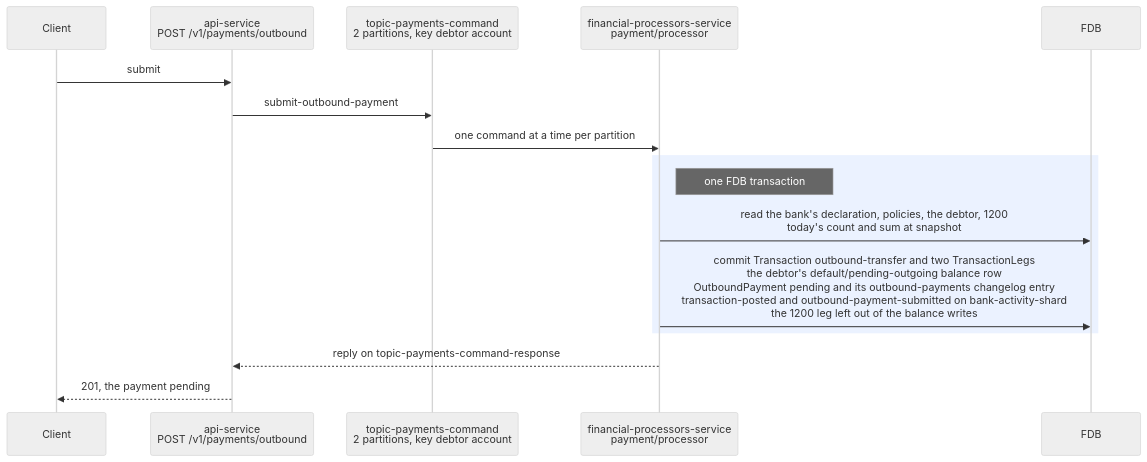
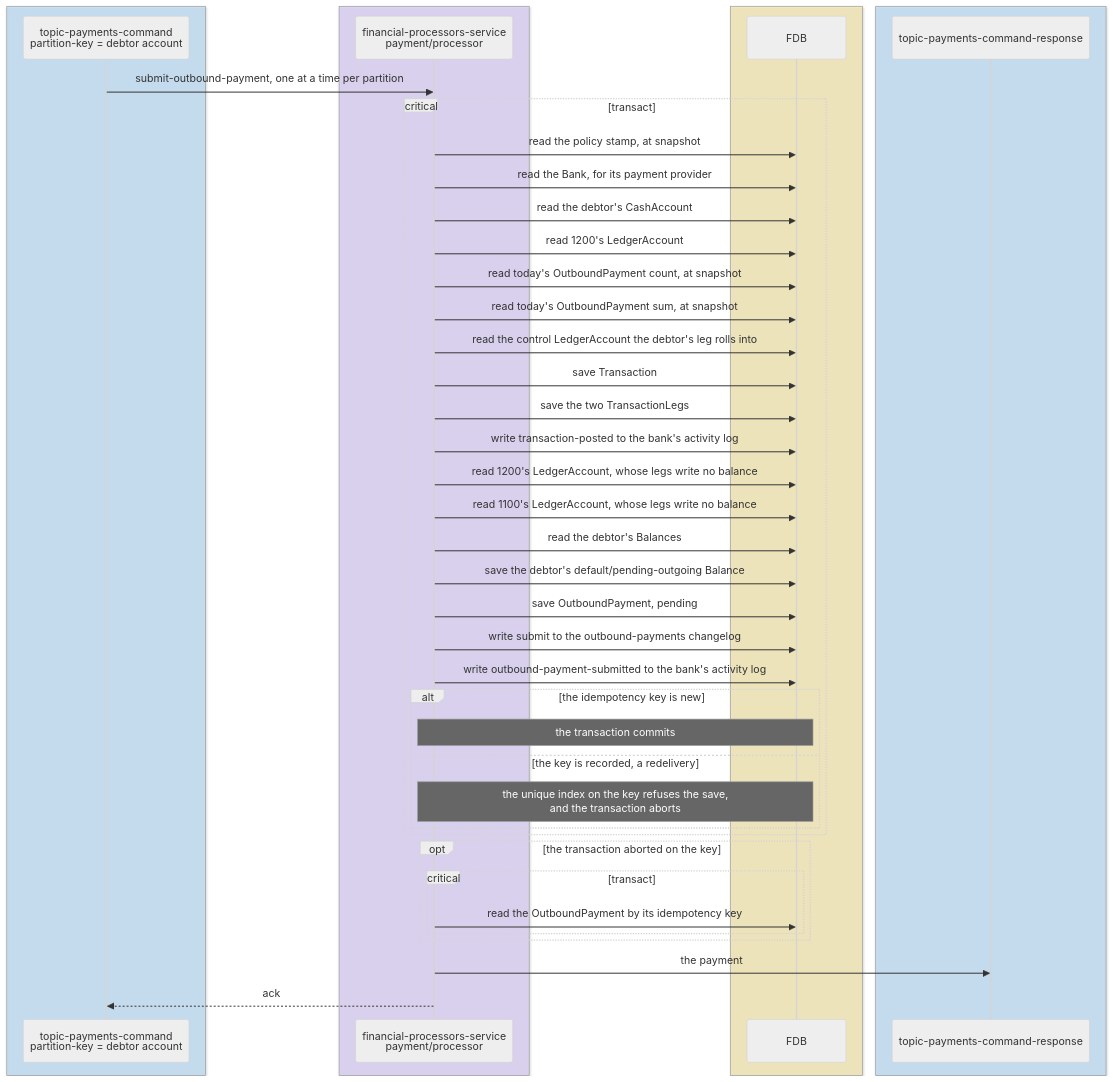
One commit to repldriven/queenswood changed the third of 15 diagrams in docs/tdd/payments-outbound.md. Above: the diagram before and after it, drawn with Mermaid (neutral theme). The commit also changed other lines of this file and 2 other files, not shown here.

Commit message:
Draw outbound and inbound payments to the internal diagrams' conventions

````diff
--- a/docs/tdd/payments-outbound.md
+++ b/docs/tdd/payments-outbound.md
@@ -83,18 +150,47 @@
 ```mermaid
 sequenceDiagram
-    participant C as Client
-    participant API as api-service<br/>POST /v1/payments/outbound
-    participant PC as topic-payments-command<br/>2 partitions, key debtor account
+    box rgba(165, 216, 255, 0.45)
+    participant PC as topic-payments-command<br/>partition-key = debtor account
+    end
+    box rgba(208, 191, 255, 0.45)
     participant PP as financial-processors-service<br/>payment/processor
+    end
+    box rgba(255, 236, 153, 0.5)
     participant DB as FDB
-    C->>API: submit
-    API->>PC: submit-outbound-payment
-    PC->>PP: one command at a time per partition
-    rect rgb(235, 242, 255)
-    Note right of PP: one FDB transaction
-    PP->>DB: read the bank's declaration, policies, the debtor, 1200<br/>today's count and sum at snapshot
-    PP->>DB: commit Transaction outbound-transfer and two TransactionLegs<br/>the debtor's default/pending-outgoing balance row<br/>OutboundPayment pending and its outbound-payments changelog entry<br/>transaction-posted and outbound-payment-submitted on bank-activity-shard<br/>the 1200 leg left out of the balance writes
     end
-    PP-->>API: reply on topic-payments-command-response
-    API-->>C: 201, the payment pending
+    box rgba(165, 216, 255, 0.45)
+    participant PR as topic-payments-command-response
+    end
+    PC->>PP: submit-outbound-payment, one at a time per partition
+    critical transact
+    PP->>DB: read the policy stamp, at snapshot
+    PP->>DB: read the Bank, for its payment provider
+    PP->>DB: read the debtor's CashAccount
+    PP->>DB: read 1200's LedgerAccount
+    PP->>DB: read today's OutboundPayment count, at snapshot
+    PP->>DB: read today's OutboundPayment sum, at snapshot
+    PP->>DB: read the control LedgerAccount the debtor's leg rolls into
+    PP->>DB: save Transaction
+    PP->>DB: save the two TransactionLegs
+    PP->>DB: write transaction-posted to the bank's activity log
+    PP->>DB: read 1200's LedgerAccount, whose legs write no balance
+    PP->>DB: read 1100's LedgerAccount, whose legs write no balance
+    PP->>DB: read the debtor's Balances
+    PP->>DB: save the debtor's default/pending-outgoing Balance
+    PP->>DB: save OutboundPayment, pending
+    PP->>DB: write submit to the outbound-payments changelog
+    PP->>DB: write outbound-payment-submitted to the bank's activity log
+    alt the idempotency key is new
+    Note over PP,DB: the transaction commits
+    else the key is recorded, a redelivery
+    Note over PP,DB: the unique index on the key refuses the save,<br/>and the transaction aborts
+    end
+    end
+    opt the transaction aborted on the key
+    critical transact
+    PP->>DB: read the OutboundPayment by its idempotency key
+    end
+    end
+    PP->>PR: the payment
+    PP-->>PC: ack
 ```
````
